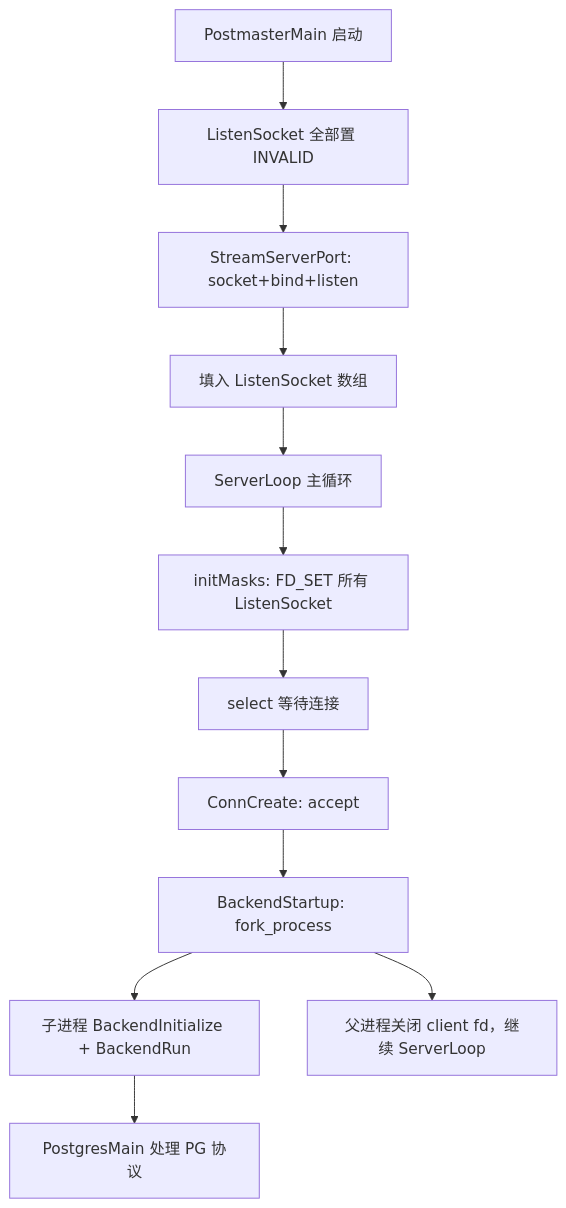
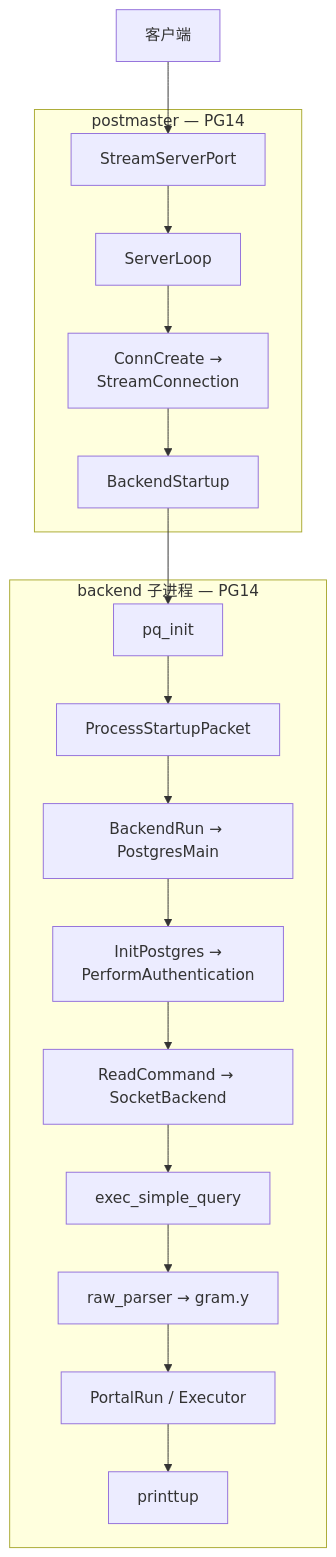
Before and after one commit to Meta11ic0/fluffynotes: the third of 6 diagrams in database/openhalo-mysql-compatibility.md, drawn with Mermaid. The commit also changed other lines of this file, not shown here.

````diff
--- a/database/openhalo-mysql-compatibility.md
+++ b/database/openhalo-mysql-compatibility.md
@@ -326,14 +153,29 @@
 ```mermaid
-flowchart TD
-    PM[PostmasterMain 启动] --> INIT[ListenSocket 全部置 INVALID]
-    INIT --> SSP[StreamServerPort: socket+bind+listen]
-    SSP --> LS[填入 ListenSocket 数组]
-    LS --> SL[ServerLoop 主循环]
-    SL --> IM[initMasks: FD_SET 所有 ListenSocket]
-    IM --> SEL[select 等待连接]
-    SEL --> CC[ConnCreate: accept]
-    CC --> BS[BackendStartup: fork_process]
-    BS --> CHILD[子进程 BackendInitialize + BackendRun]
-    CHILD --> PGMAIN[PostgresMain 处理 PG 协议]
-    BS --> PARENT[父进程关闭 client fd，继续 ServerLoop]
+flowchart TB
+    C[客户端]
+
+    subgraph PM[postmaster — PG14]
+        L[StreamServerPort]
+        SL[ServerLoop]
+        CC[ConnCreate →<br/>StreamConnection]
+        BS[BackendStartup]
+    end
+
+    subgraph BE[backend 子进程 — PG14]
+        PQ[pq_init]
+        PSP[ProcessStartupPacket]
+        BR[BackendRun → PostgresMain]
+        IP[InitPostgres →<br/>PerformAuthentication]
+        RC[ReadCommand → SocketBackend]
+        ESQ[exec_simple_query]
+        RP[raw_parser → gram.y]
+        PR[PortalRun / Executor]
+        PT[printtup]
+    end
+
+    C --> L
+    L --> SL --> CC --> BS
+    BS --> PQ
+    PQ --> PSP --> BR --> IP
+    IP --> RC --> ESQ --> RP --> PR --> PT
 ```
````
